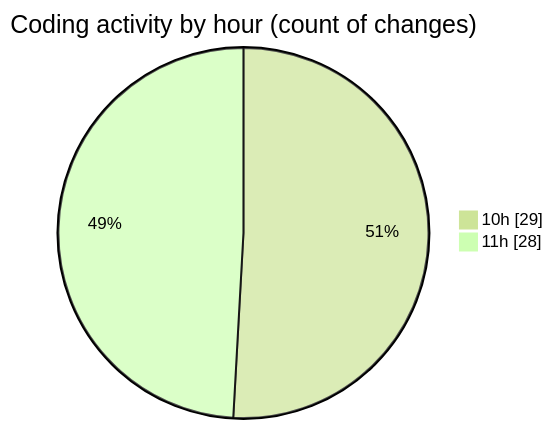
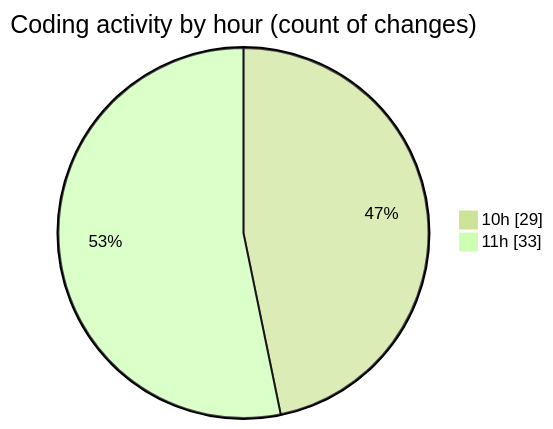
Before and after one commit to momahboobian/code-tracking: the second of 2 diagrams in 2025-06-05/cda/README.md, drawn with Mermaid (forest theme). The commit also changed other lines of this file and 1 other file, not shown here.

````diff
--- a/2025-06-05/cda/README.md
+++ b/2025-06-05/cda/README.md
@@ -52,6 +52,6 @@
 ```mermaid
 pie showData
 title Coding activity by hour (count of changes)
 "10h" : 29
-"11h" : 28
+"11h" : 33
 ```
````
